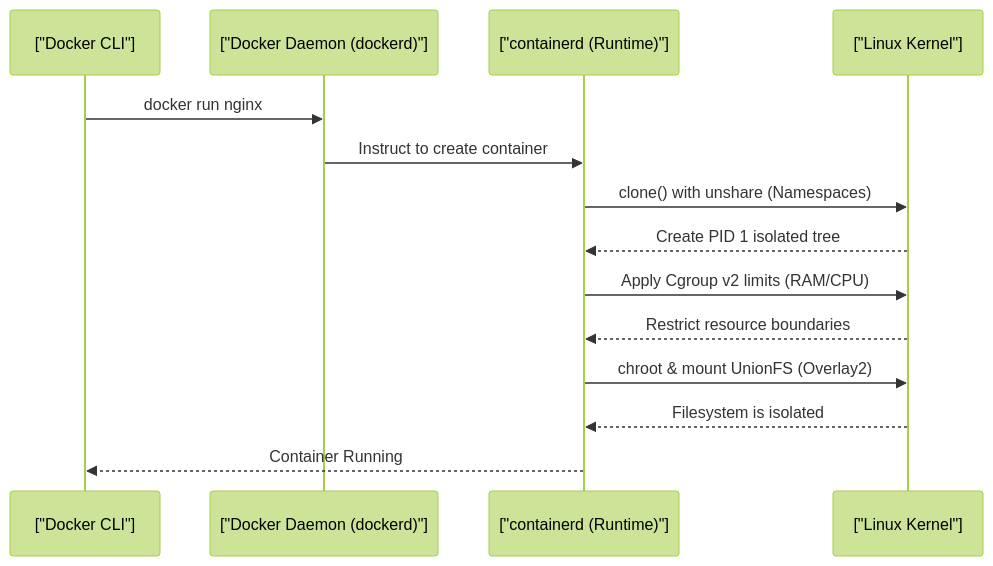
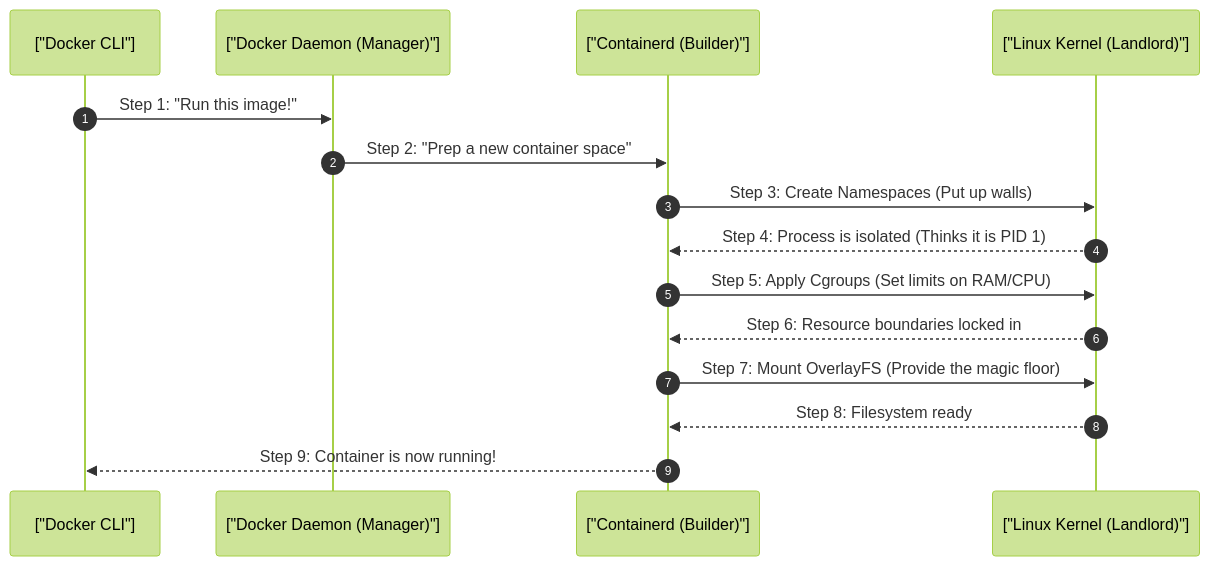
Before and after one commit to fazleyrabby/backend-engineering-mastery: the diagram in cloud-devops/01_docker_kernel_namespaces_nginx.md, drawn with Mermaid (forest theme). The commit also changed other lines of this file and 15 other files, not shown here.

````diff
--- a/cloud-devops/01_docker_kernel_namespaces_nginx.md
+++ b/cloud-devops/01_docker_kernel_namespaces_nginx.md
@@ -17,17 +14,18 @@
 ```mermaid
 sequenceDiagram
+    autonumber
     participant CLI as ["Docker CLI"]
-    participant Daemon as ["Docker Daemon (dockerd)"]
-    participant Containerd as ["containerd (Runtime)"]
-    participant Kernel as ["Linux Kernel"]
+    participant Daemon as ["Docker Daemon (Manager)"]
+    participant Containerd as ["Containerd (Builder)"]
+    participant Kernel as ["Linux Kernel (Landlord)"]
 
-    CLI->>Daemon: docker run nginx
-    Daemon->>Containerd: Instruct to create container
-    Containerd->>Kernel: clone() with unshare (Namespaces)
-    Kernel-->>Containerd: Create PID 1 isolated tree
-    Containerd->>Kernel: Apply Cgroup v2 limits (RAM/CPU)
-    Kernel-->>Containerd: Restrict resource boundaries
-    Containerd->>Kernel: chroot & mount UnionFS (Overlay2)
-    Kernel-->>Containerd: Filesystem is isolated
-    Containerd-->>CLI: Container Running
+    CLI->>Daemon: Step 1: "Run this image!"
+    Daemon->>Containerd: Step 2: "Prep a new container space"
+    Containerd->>Kernel: Step 3: Create Namespaces (Put up walls)
+    Kernel-->>Containerd: Step 4: Process is isolated (Thinks it is PID 1)
+    Containerd->>Kernel: Step 5: Apply Cgroups (Set limits on RAM/CPU)
+    Kernel-->>Containerd: Step 6: Resource boundaries locked in
+    Containerd->>Kernel: Step 7: Mount OverlayFS (Provide the magic floor)
+    Kernel-->>Containerd: Step 8: Filesystem ready
+    Containerd-->>CLI: Step 9: Container is now running!
 ```
````
